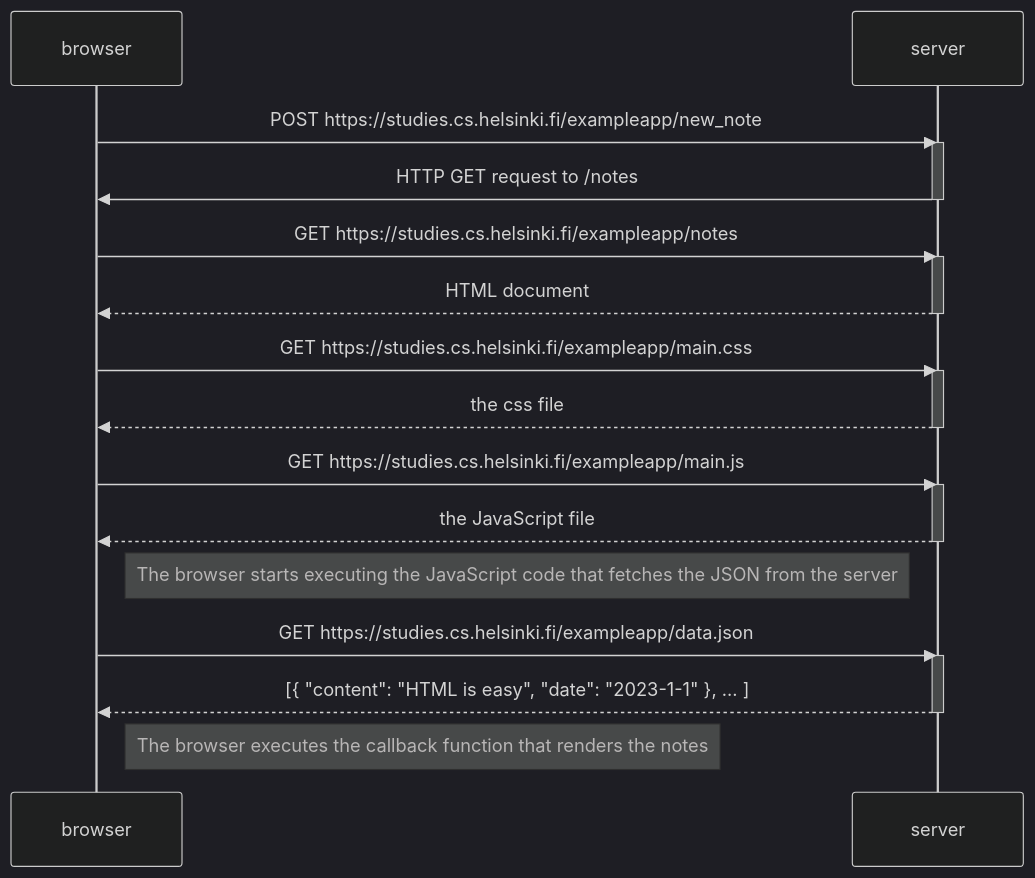
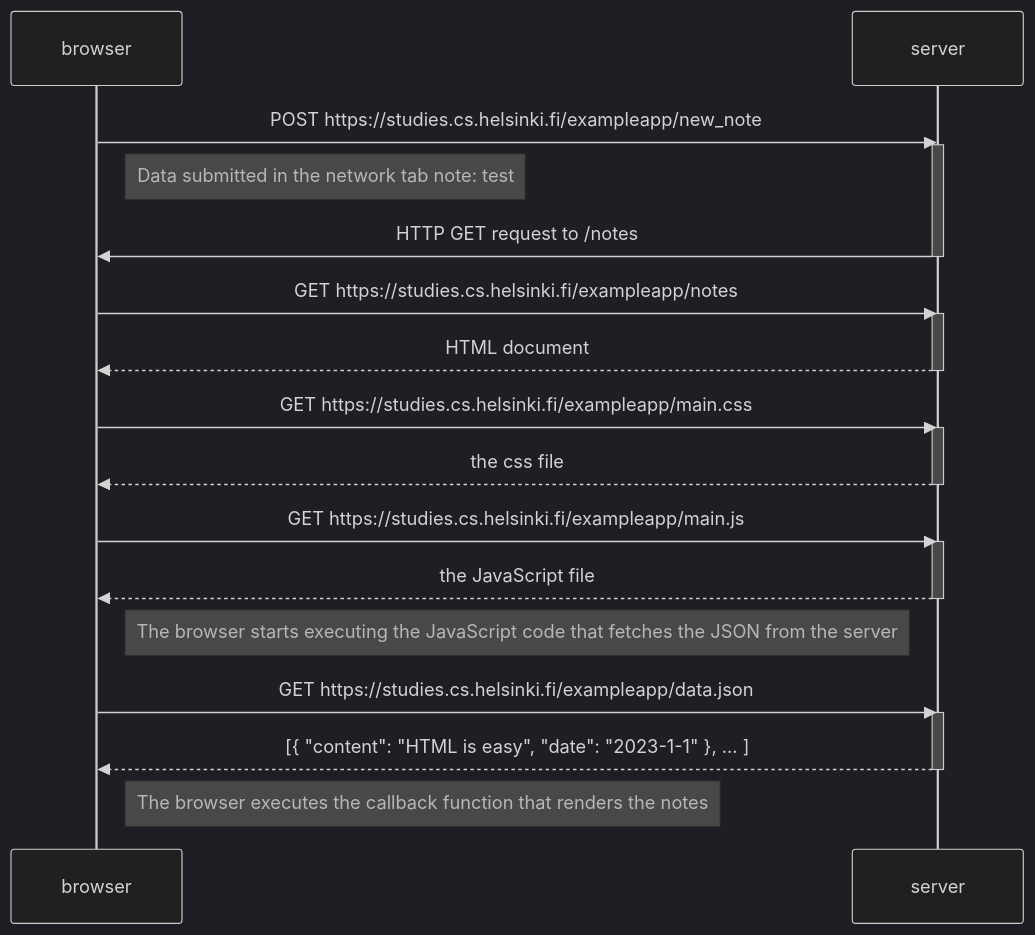
Before and after one commit to Pierrechapelot/subrepo: the diagram in part0/newNote.md, drawn with Mermaid (dark theme).

Commit message:
add comment

````diff
--- a/part0/newNote.md
+++ b/part0/newNote.md
@@ -1,35 +1,38 @@
 ```mermaid
 sequenceDiagram
     participant browser
     participant server
 
     browser->>server: POST https://studies.cs.helsinki.fi/exampleapp/new_note
     activate server 
+
+    Note right of browser : Data submitted in the network tab note: test
+    
     server->>browser: HTTP GET request to /notes
     deactivate server 
 
     browser->>server: GET https://studies.cs.helsinki.fi/exampleapp/notes
     activate server
     server-->>browser: HTML document
     deactivate server
 
     browser->>server: GET https://studies.cs.helsinki.fi/exampleapp/main.css
     activate server
     server-->>browser: the css file
     deactivate server
 
     browser->>server: GET https://studies.cs.helsinki.fi/exampleapp/main.js
     activate server
     server-->>browser: the JavaScript file
     deactivate server
 
     Note right of browser: The browser starts executing the JavaScript code that fetches the JSON from the server
 
     browser->>server: GET https://studies.cs.helsinki.fi/exampleapp/data.json
     activate server
     server-->>browser: [{ "content": "HTML is easy", "date": "2023-1-1" }, ... ]
     deactivate server
 
     Note right of browser: The browser executes the callback function that renders the notes
 
 ```
````
